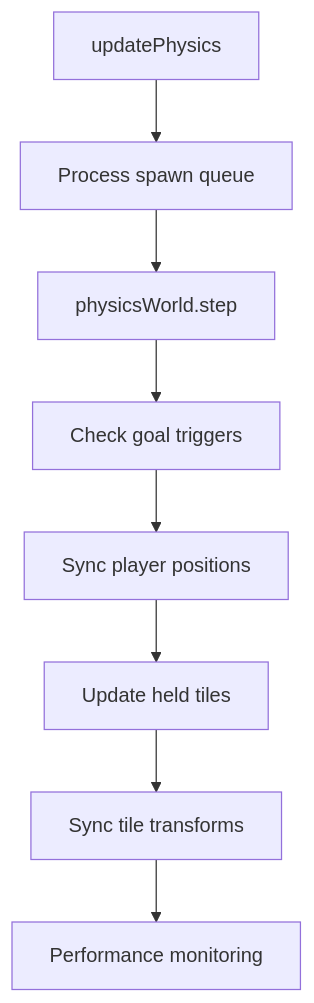
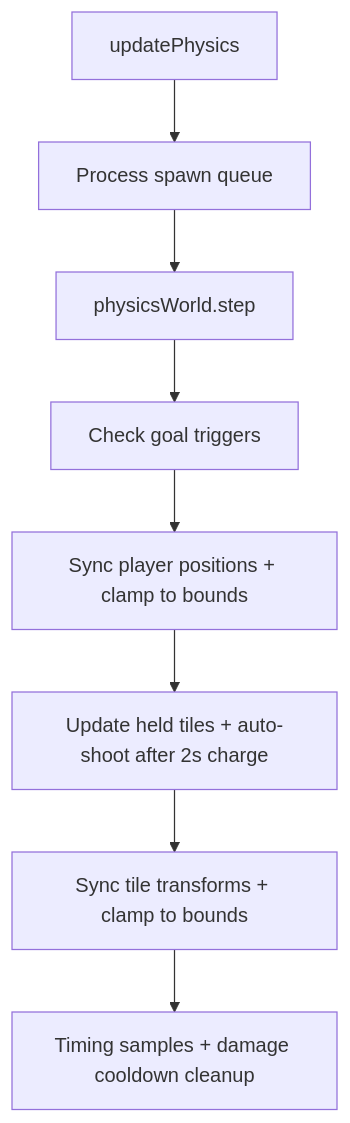
Before and after one commit to nguyenvanduocit/the-car-game: the fourth of 16 diagrams in docs/GAME_LOGIC.md, drawn with Mermaid. The commit also changed other lines of this file and 18 other files, not shown here.

````diff
--- a/docs/GAME_LOGIC.md
+++ b/docs/GAME_LOGIC.md
@@ -128,10 +135,10 @@
 ```mermaid
 flowchart TD
     A[updatePhysics] --> B[Process spawn queue]
     B --> C[physicsWorld.step]
     C --> D[Check goal triggers]
-    D --> E[Sync player positions]
-    E --> F[Update held tiles]
-    F --> G[Sync tile transforms]
-    G --> H[Performance monitoring]
+    D --> E[Sync player positions + clamp to bounds]
+    E --> F[Update held tiles + auto-shoot after 2s charge]
+    F --> G[Sync tile transforms + clamp to bounds]
+    G --> H[Timing samples + damage cooldown cleanup]
 ```
````
